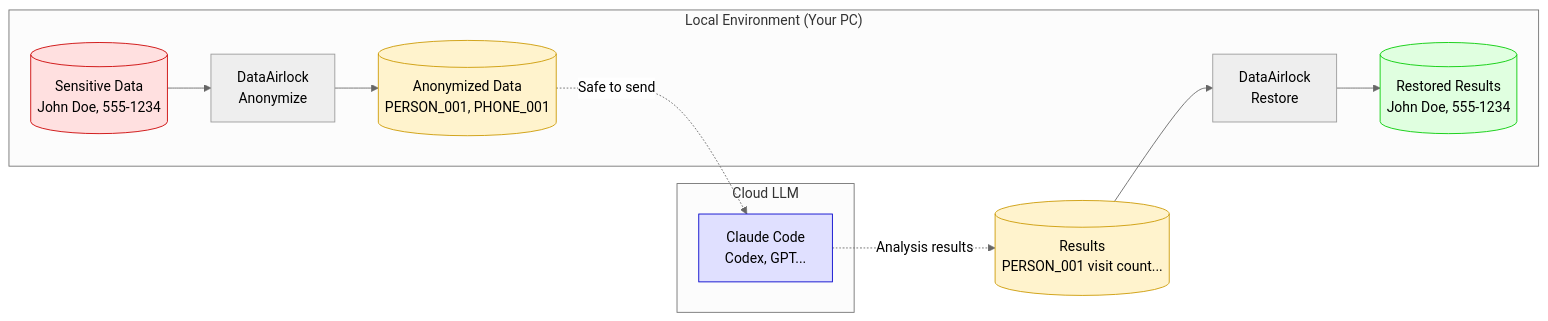
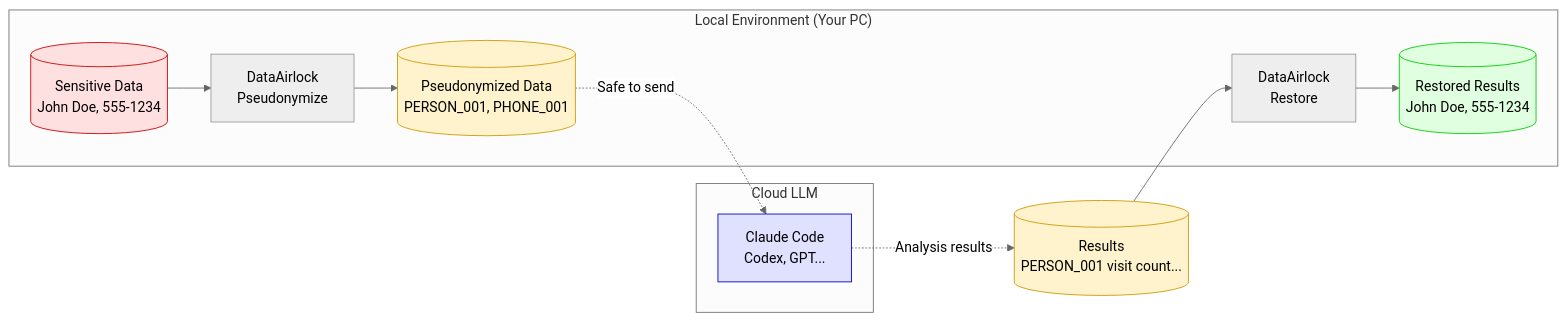
Before and after one commit to akira0907/dataairlock: the diagram in README_en.md, drawn with Mermaid (neutral theme). The commit also changed other lines of this file and 1 other file, not shown here.

````diff
--- a/README_en.md
+++ b/README_en.md
@@ -29,22 +43,22 @@
 ```mermaid
 flowchart LR
     subgraph Local["Local Environment (Your PC)"]
-        A[("Sensitive Data<br/>John Doe, 555-1234")] --> B["DataAirlock<br/>Anonymize"]
-        B --> C[("Anonymized Data<br/>PERSON_001, PHONE_001")]
+        A[("Sensitive Data<br/>John Doe, 555-1234")] --> B["DataAirlock<br/>Pseudonymize"]
+        B --> C[("Pseudonymized Data<br/>PERSON_001, PHONE_001")]
         F["DataAirlock<br/>Restore"] --> G[("Restored Results<br/>John Doe, 555-1234")]
     end
 
     subgraph Cloud["Cloud LLM"]
         D["Claude Code<br/>Codex, GPT..."]
     end
 
     C -.->|"Safe to send"| D
     D -.->|"Analysis results"| E[("Results<br/>PERSON_001 visit count...")]
     E --> F
 
     style A fill:#ffe0e0,stroke:#cc0000
     style G fill:#e0ffe0,stroke:#00cc00
     style C fill:#fff3cd,stroke:#cc9900
     style E fill:#fff3cd,stroke:#cc9900
     style D fill:#e0e0ff,stroke:#0000cc
 ```
````
